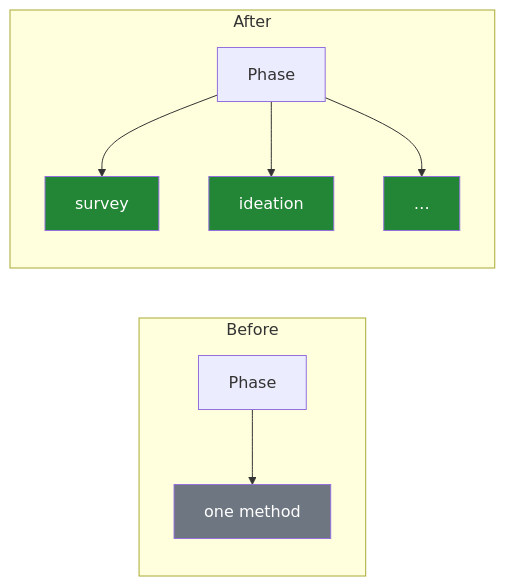
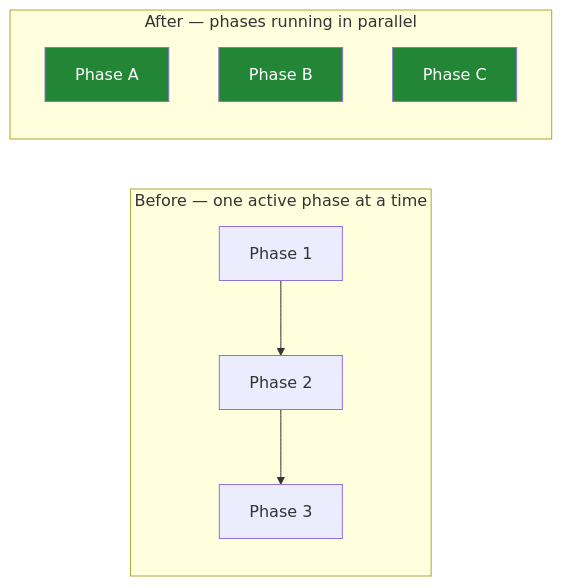
One commit to CitizenLabDotCo/citizenlab changed the first of 4 diagrams in docs/parallel-participation-technical-showcase.md. Above: the diagram before and after it, drawn with Mermaid. The commit also changed other lines of this file, not shown here.

Commit message:
Reframe deck around parallel phases (not methods per phase); drop closing slide

````diff
--- a/docs/parallel-participation-technical-showcase.md
+++ b/docs/parallel-participation-technical-showcase.md
@@ -17,15 +17,14 @@
 ```mermaid
 graph LR
-  subgraph Before
-    A[Phase] --> A1[one method]
+  subgraph Before["Before — one active phase at a time"]
+    P1[Phase 1] --> P2[Phase 2] --> P3[Phase 3]
   end
-  subgraph After
-    B[Phase] --> B1[survey]
-    B --> B2[ideation]
-    B --> B3["…"]
+  subgraph After["After — phases running in parallel"]
+    A[Phase A]
+    B[Phase B]
+    C[Phase C]
   end
-  style A1 fill:#6e7681,color:#fff
-  style B1 fill:#238636,color:#fff
-  style B2 fill:#238636,color:#fff
-  style B3 fill:#238636,color:#fff
+  style A fill:#238636,color:#fff
+  style B fill:#238636,color:#fff
+  style C fill:#238636,color:#fff
 ```
````
